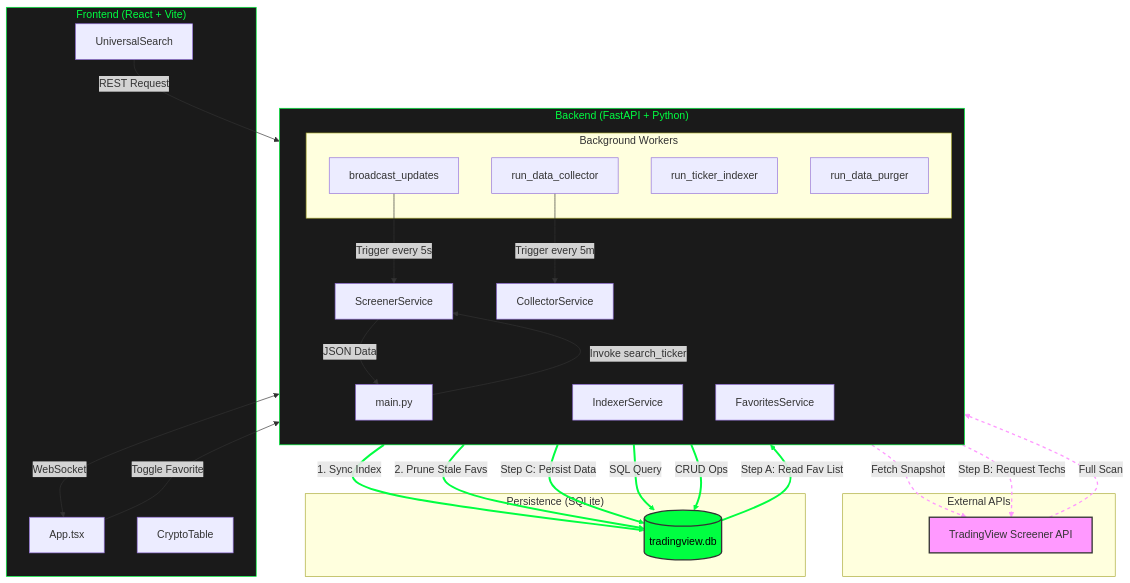
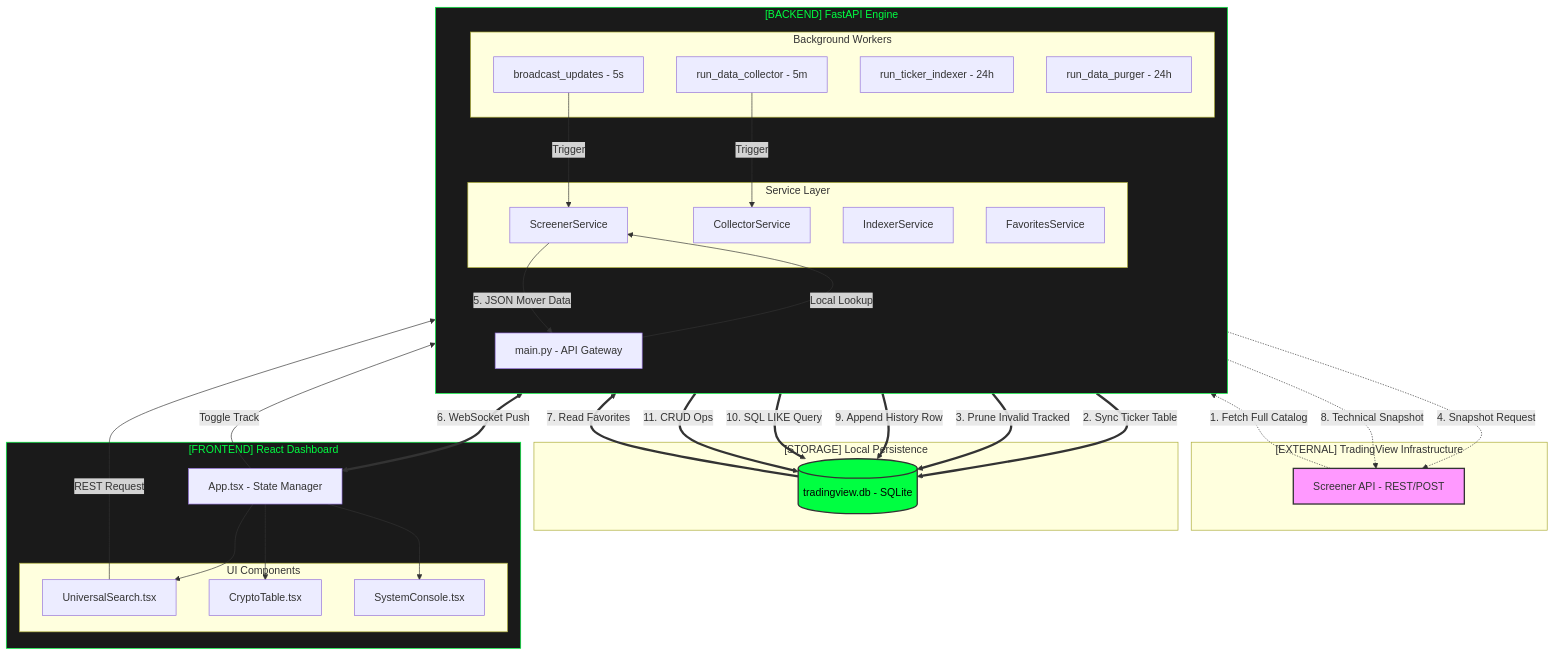
Before and after one commit to doralich/maket_trading_screener: the diagram in README.md, drawn with Mermaid. The commit also changed 1 other file, not shown here.

Commit message:
docs: Deep refine architecture, workflow, and dataflow documentation

````diff
--- a/README.md
+++ b/README.md
@@ -3,71 +3,78 @@
 ```mermaid
 graph TD
-    %% External Layer
-    subgraph External["External APIs"]
-        TV[TradingView Screener API]
+    %% EXTERNAL DATA SOURCE
+    subgraph External["[EXTERNAL] TradingView Infrastructure"]
+        TV_API[Screener API - REST/POST]
     end
 
-    %% Backend Layer
-    subgraph Backend["Backend (FastAPI + Python)"]
+    %% BACKEND CORE
+    subgraph Backend["[BACKEND] FastAPI Engine"]
         direction TB
-        App[main.py]
-        ScreenerSvc[ScreenerService]
-        CollectorSvc[CollectorService]
-        IndexerSvc[IndexerService]
-        FavSvc[FavoritesService]
+        Main[main.py - API Gateway]
         
-        subgraph Workers["Background Workers"]
-            W1[broadcast_updates]
-            W2[run_data_collector]
-            W3[run_ticker_indexer]
-            W4[run_data_purger]
+        subgraph Services["Service Layer"]
+            S_Screen[ScreenerService]
+            S_Coll[CollectorService]
+            S_Idx[IndexerService]
+            S_Fav[FavoritesService]
+        end
+
+        subgraph BackgroundTasks["Background Workers"]
+            W_Broad[broadcast_updates - 5s]
+            W_Coll[run_data_collector - 5m]
+            W_Idx[run_ticker_indexer - 24h]
+            W_Purge[run_data_purger - 24h]
         end
     end
 
-    %% Persistence Layer
-    subgraph Storage["Persistence (SQLite)"]
-        DB[(tradingview.db)]
+    %% PERSISTENCE
+    subgraph Storage["[STORAGE] Local Persistence"]
+        DB[(tradingview.db - SQLite)]
     end
 
-    %% Frontend Layer
-    subgraph Frontend["Frontend (React + Vite)"]
-        MainApp[App.tsx]
-        Search[UniversalSearch]
-        Table[CryptoTable]
+    %% FRONTEND CORE
+    subgraph Frontend["[FRONTEND] React Dashboard"]
+        MainApp[App.tsx - State Manager]
+        subgraph UI["UI Components"]
+            Search[UniversalSearch.tsx]
+            Table[CryptoTable.tsx]
+            Console[SystemConsole.tsx]
+        end
     end
 
-    %% --- 1. TICKER INDEXING (IndexerService) ---
-    TV -.->|Full Scan| IndexerSvc
-    IndexerSvc ==>|1. Sync Index| DB
-    IndexerSvc ==>|2. Prune Stale Favs| DB
+    %% --- DATA FLOW 1: DISCOVERY (Indexing) ---
+    TV_API -.->|1. Fetch Full Catalog| S_Idx
+    S_Idx ==>|2. Sync Ticker Table| DB
+    S_Idx ==>|3. Prune Invalid Tracked| DB
 
-    %% --- 2. LIVE MARKET DATA (ScreenerService) ---
-    W1 -->|Trigger every 5s| ScreenerSvc
-    ScreenerSvc -.->|Fetch Snapshot| TV
-    ScreenerSvc -->|JSON Data| App
-    App <-->|WebSocket| MainApp
+    %% --- DATA FLOW 2: LIVE MARKET (Streaming) ---
+    W_Broad -->|Trigger| S_Screen
+    S_Screen -.->|4. Snapshot Request| TV_API
+    S_Screen -->|5. JSON Mover Data| Main
+    Main <==>|6. WebSocket Push| MainApp
 
-    %% --- 3. HISTORY COLLECTION (CollectorService) ---
-    W2 -->|Trigger every 5m| CollectorSvc
-    DB ==>|Step A: Read Fav List| CollectorSvc
-    CollectorSvc -.->|Step B: Request Techs| TV
-    CollectorSvc ==>|Step C: Persist Data| DB
+    %% --- DATA FLOW 3: HISTORY (Collection) ---
+    W_Coll -->|Trigger| S_Coll
+    DB ==>|7. Read Favorites| S_Coll
+    S_Coll -.->|8. Technical Snapshot| TV_API
+    S_Coll ==>|9. Append History Row| DB
 
-    %% --- 4. USER ACTIONS (Favorites & Search) ---
-    Search -->|REST Request| App
-    App -->|Invoke search_ticker| ScreenerSvc
-    ScreenerSvc ==>|SQL Query| DB
+    %% --- DATA FLOW 4: INTERACTION (Search & Track) ---
+    Search -->|REST Request| Main
+    Main -->|Local Lookup| S_Screen
+    S_Screen ==>|10. SQL LIKE Query| DB
     
-    MainApp -->|Toggle Favorite| FavSvc
-    FavSvc ==>|CRUD Ops| DB
+    MainApp -->|Toggle Track| S_Fav
+    S_Fav ==>|11. CRUD Ops| DB
 
-    %% Styling
-    style TV fill:#f9f,stroke:#333,stroke-width:2px
+    %% --- LAYOUT CONNECTIONS ---
+    MainApp --> Search
+    MainApp --> Table
+    MainApp --> Console
+
+    %% --- STYLING ---
+    style TV_API fill:#f9f,stroke:#333,stroke-width:2px
     style DB fill:#00ff41,stroke:#333,stroke-width:2px,color:#000
     style Backend fill:#1a1a1a,stroke:#00ff41,stroke-width:1px,color:#00ff41
     style Frontend fill:#1a1a1a,stroke:#00ff41,stroke-width:1px,color:#00ff41
-    
-    %% Color Code: Green (==>) for Database, Dotted (-.->) for Internet
-    linkStyle 1,2,8,10,13,15 stroke:#00ff41,stroke-width:3px;
-    linkStyle 0,4,9 stroke:#f9f,stroke-width:2px,stroke-dasharray: 5 5;
 ```
````
